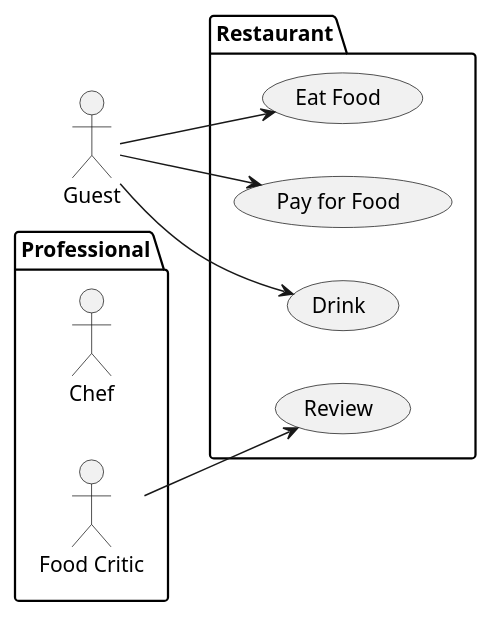
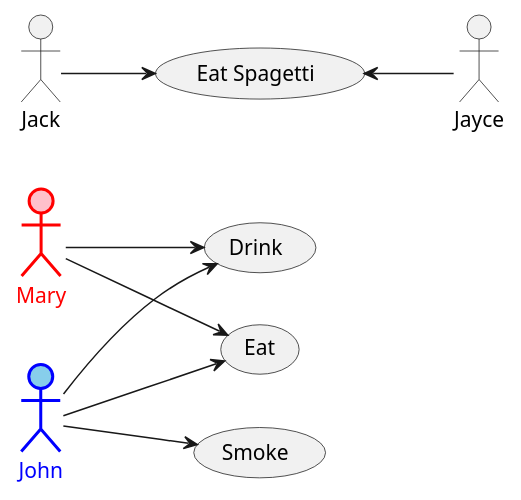
Before and after one commit to ziontee113/mynvimconfig: the diagram in test.md, drawn with PlantUML. The commit also changed other lines of this file and 4 other files, not shown here.

```diff
--- a/test.md
+++ b/test.md
@@ -31,18 +3,18 @@
 @startuml
 left to right direction
-actor Guest as g
-package Professional {
-  actor Chef as c
-  actor "Food Critic" as fc
-}
-package Restaurant {
-  usecase "Eat Food" as UC1
-  usecase "Pay for Food" as UC2
-  usecase "Drink" as UC3
-  usecase "Review" as UC4
-}
-g --> UC1
-g --> UC2
-g --> UC3
-fc --> UC4
+actor "John" as john #skyblue;line:blue;line.bold;text:blue
+actor "Mary" as mary #pink;line:red;line.bold;text:red
+actor "Jack" as jack
+actor "Jayce" as jayce
+usecase "Eat" as eat
+usecase "Eat Spagetti" as eatSpagetti
+usecase "Drink" as drink
+usecase "Smoke" as smoke
+john --> eat
+john --> smoke
+john --> drink
+mary --> eat
+mary --> drink
+jack --> eatSpagetti
+eatSpagetti <-- jayce
 @enduml
```
